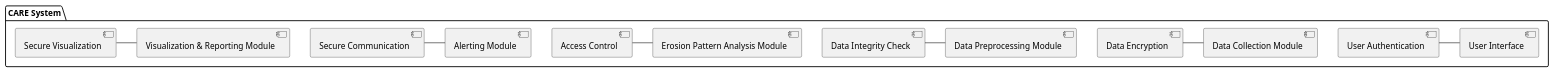
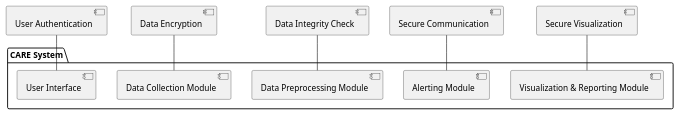
The diagram in uml/security.plantuml (giacomomellone/CARE), drawn with PlantUML before and after one commit. The commit also changed 1 other file, not shown here.

```diff
--- a/uml/security.plantuml
+++ b/uml/security.plantuml
@@ -1,20 +1,17 @@
 @startuml Security Design - Package Diagram
 
 package "CARE System" {
-
-    [User Interface]
-    [Data Collection Module]
-    [Data Preprocessing Module]
-    [Erosion Pattern Analysis Module]
-    [Alerting Module]
-    [Visualization & Reporting Module]
-
-    [User Authentication] - [User Interface]
-    [Data Encryption] - [Data Collection Module]
-    [Data Integrity Check] - [Data Preprocessing Module]
-    [Access Control] - [Erosion Pattern Analysis Module]
-    [Secure Communication] - [Alerting Module]
-    [Secure Visualization] - [Visualization & Reporting Module]
+    [User Interface] as UI
+    [Data Collection Module] as DCM
+    [Data Preprocessing Module] as DPM
+    [Alerting Module] as AM
+    [Visualization & Reporting Module] as VRM
 }
 
+[User Authentication] -down- UI
+[Data Encryption] -down- DCM
+[Data Integrity Check] -down- DPM
+[Secure Communication] -down- AM
+[Secure Visualization] -down- VRM
+
 @enduml
```
